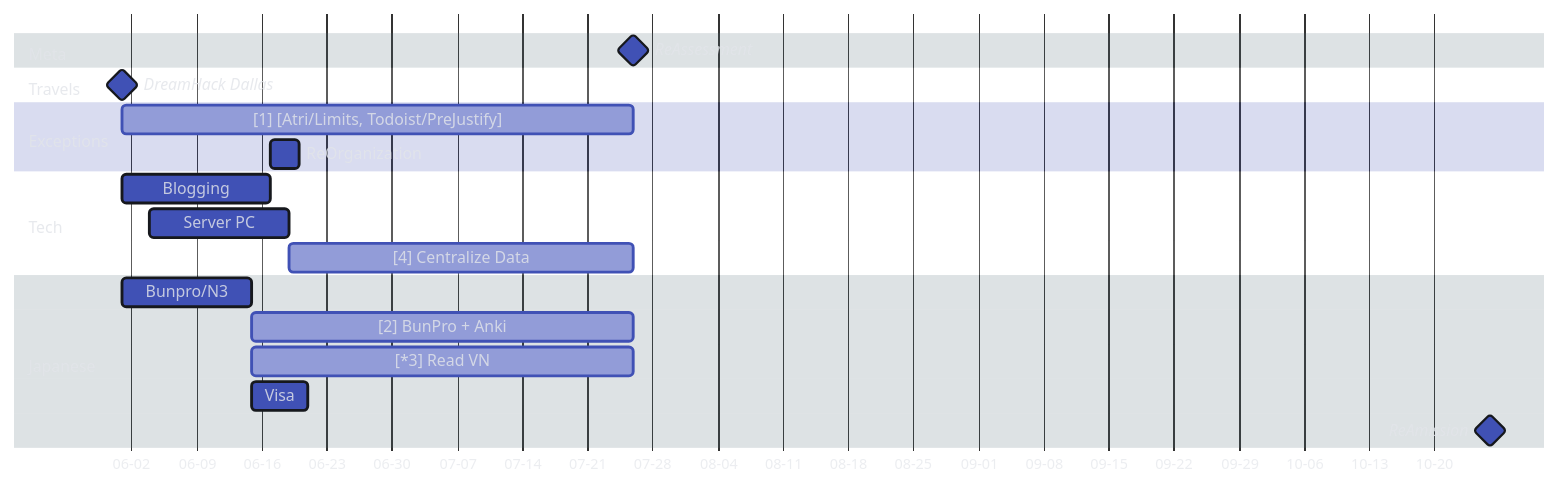
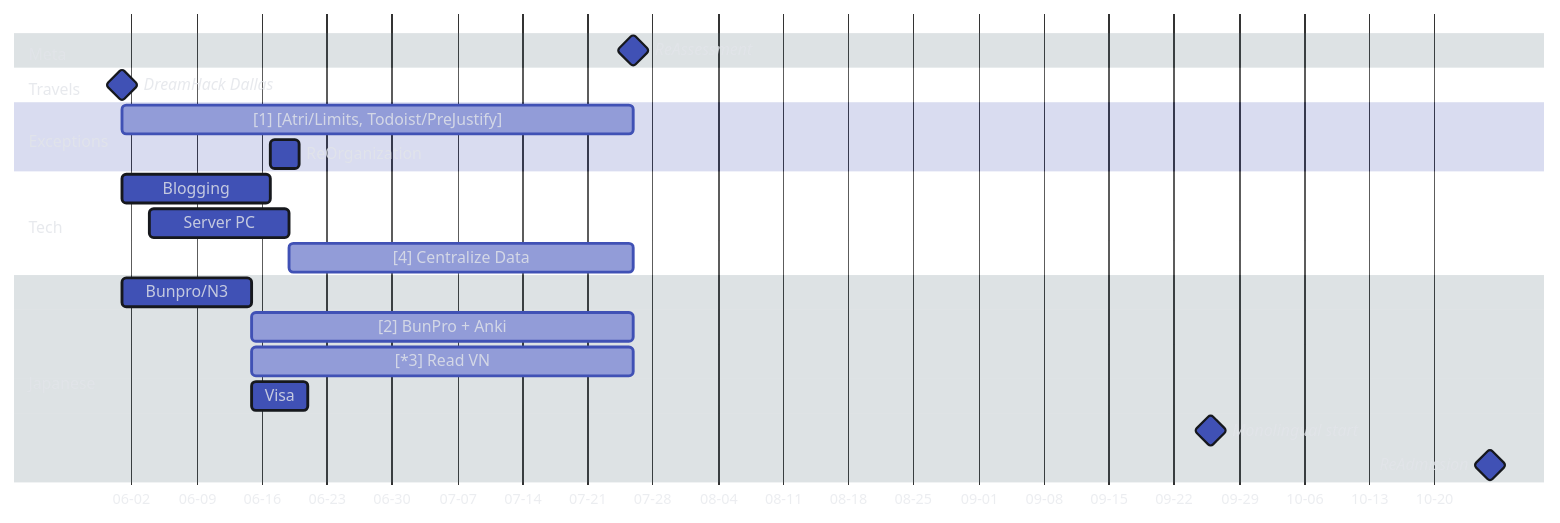
Before and after one commit to Serralq/Project-Norn: the first of 2 diagrams in docs/index.md, drawn with Mermaid. The commit also changed other lines of this file, not shown here.

````diff
--- a/docs/index.md
+++ b/docs/index.md
@@ -49,46 +40,42 @@
     ``` mermaid
     %%{
       init: {
         'theme': 'base',
         'themeVariables': {
           'darkMode': 'true',
           'fontFamily': 'hermit',
           'primaryColor': '#4051b5',
           'primaryBorderColor': '#16181D',
           'tertiaryColor': '#546d78',
           'tertiaryTextColor': '#E2E4E9D1',
           'textColor': '#E2E4E9D1',
           'noteTextColor': '#E2E4E9D1'
         }
       }
     }%%
     gantt
       dateFormat YY-MM-DD
       axisFormat %m-%d
       tickInterval 1week
       todayMarker stroke-width:3px,stroke:#E2E4E9,opacity:0.5
-
       section Meta
         ReAssessment              :milestone,  m1, 24-07-26, 0d
-
       section Travels
         DreamHack Dallas          :milestone,  v1 , 24-06-01, 0d
       section Exceptions
         [1] [Atri/Limits, Todoist/PreJustify]            :active,     m2 , 24-06-01, until m1
         ReOrganization            :            m3 , 24-06-17, 24-06-20
       section Tech
         Blogging                  :            t1 , 24-06-01, 24-06-17
         Server PC                 :            t2 , 24-06-04, 24-06-19
         [4] Centralize Data           :active,     t3 , 24-06-19, until m1
-
       section Japanese
         Bunpro/N3                 :            j1 , 24-06-01, 24-06-15
         [2] BunPro + Anki             :active,     j2 , after j1, until m1
         [*3] Read VN                  :active,     j3 , after j1, until m1
         Visa                      :            j4 , 24-06-15, 24-06-21
-
         %% Futures
-        ReAmission                :milestone,  j10, 24-10-26, 0d
+        Monolingual start         :milestone,  j11, 24-09-26, 0d
+        ReAdmission               :milestone,  j10, 24-10-26, 0d
       section Stationaries
-
     ```
````
